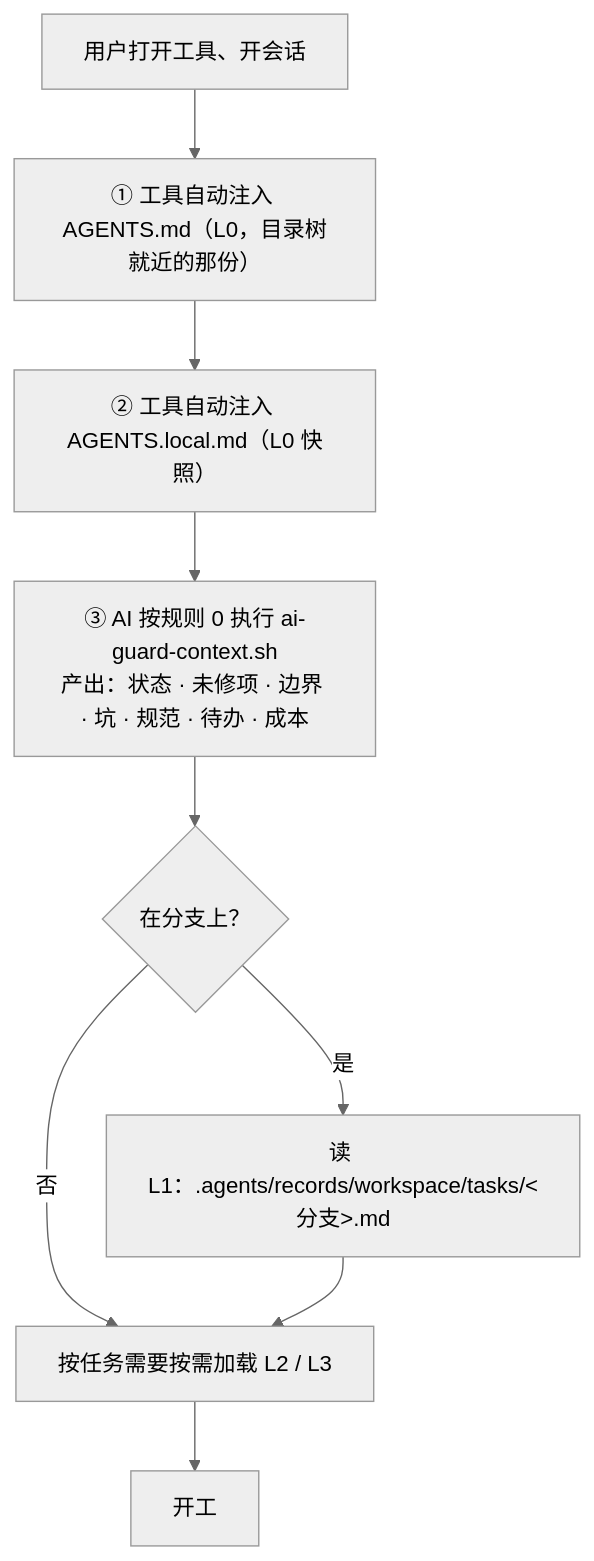
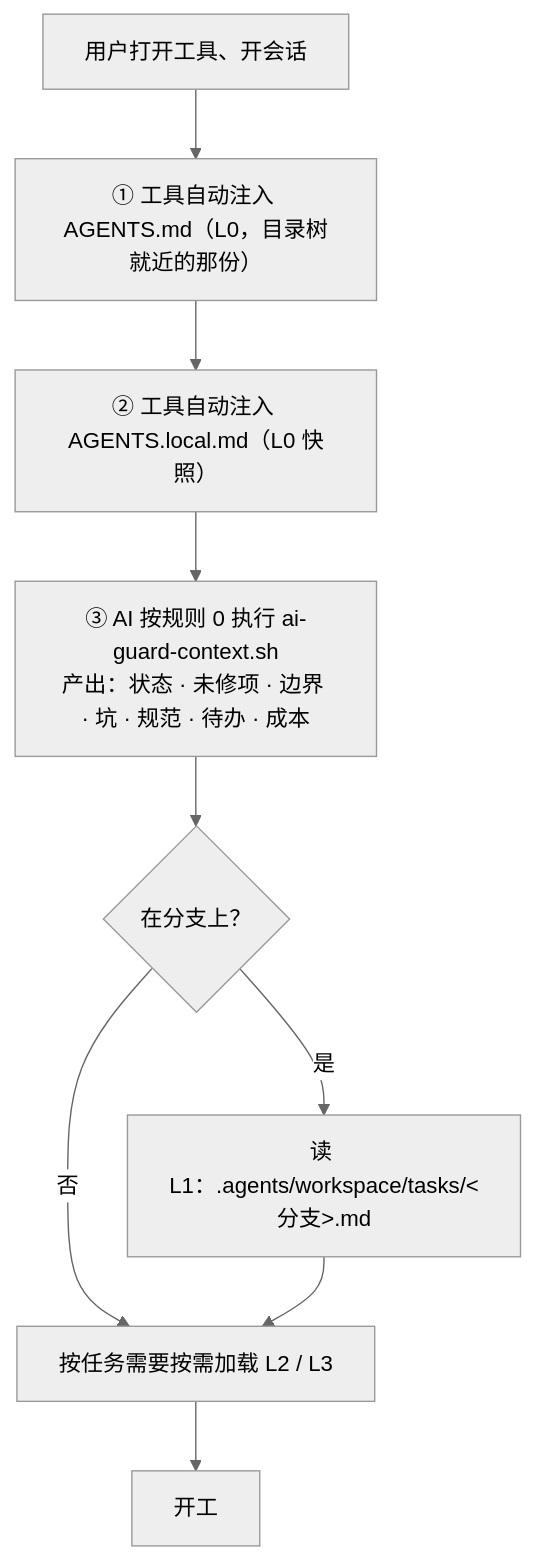
Before and after one commit to adaios/adaios: the third of 9 diagrams in .agents/rules/assets/ai-context-engineering.md, drawn with Mermaid (neutral theme). The commit also changed other lines of this file and 24 other files, not shown here.

````diff
--- a/.agents/rules/assets/ai-context-engineering.md
+++ b/.agents/rules/assets/ai-context-engineering.md
@@ -172,11 +172,11 @@
 ```mermaid
 flowchart TD
     S["用户打开工具、开会话"] --> A["① 工具自动注入 AGENTS.md（L0，目录树就近的那份）"]
     A --> B["② 工具自动注入 AGENTS.local.md（L0 快照）"]
     B --> C["③ AI 按规则 0 执行 ai-guard-context.sh<br/>产出：状态 · 未修项 · 边界 · 坑 · 规范 · 待办 · 成本"]
     C --> D{"在分支上？"}
-    D -->|是| E["读 L1：.agents/records/workspace/tasks/&lt;分支&gt;.md"]
+    D -->|是| E["读 L1：.agents/workspace/tasks/&lt;分支&gt;.md"]
     D -->|否| F["按任务需要按需加载 L2 / L3"]
     E --> F
     F --> G["开工"]
 ```
````
